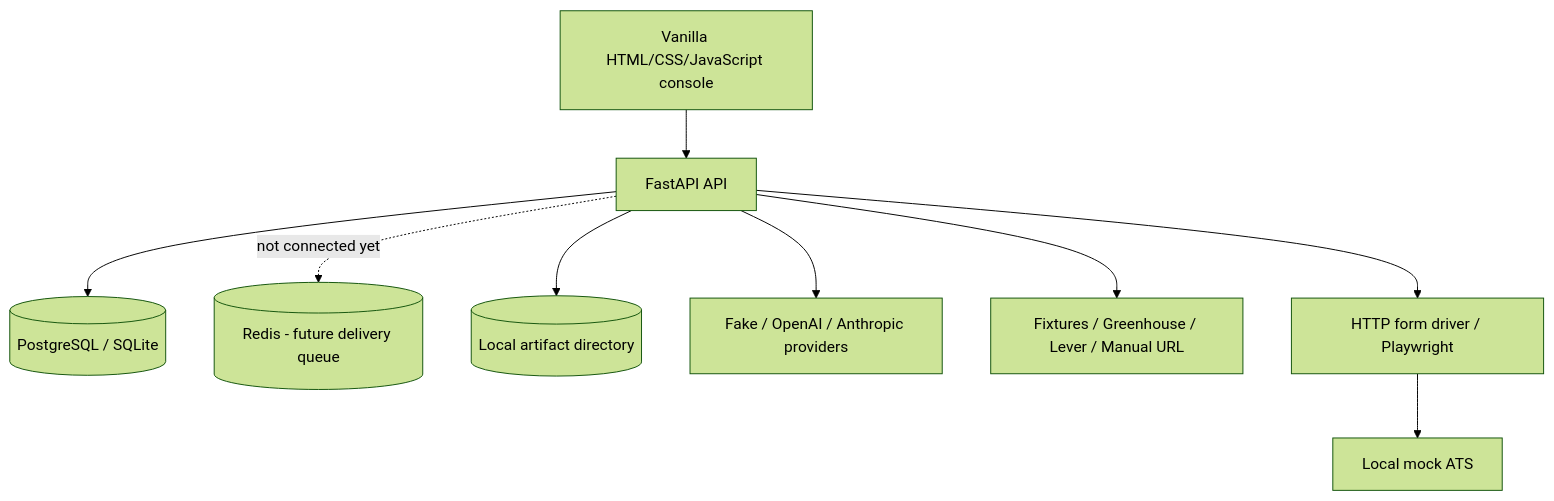
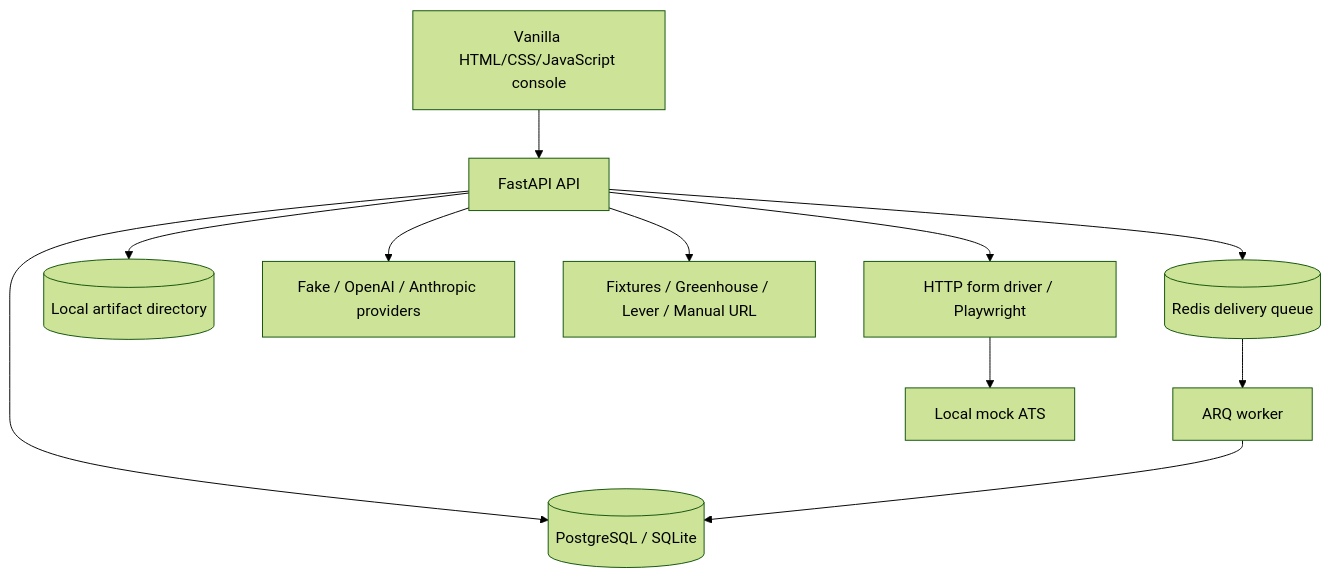
One commit to edenfc10/Job-search-platform changed the second of 2 diagrams in README.md. Above: the diagram before and after it, drawn with Mermaid (forest theme). The commit also changed other lines of this file and 118 other files, not shown here.

````diff
--- a/README.md
+++ b/README.md
@@ -106,21 +107,24 @@
 ```mermaid
 flowchart TB
     UI[Vanilla HTML/CSS/JavaScript console]
     API[FastAPI API]
     DB[(PostgreSQL / SQLite)]
-    REDIS[(Redis - future delivery queue)]
+    REDIS[(Redis delivery queue)]
+    WORKER[ARQ worker]
     FS[(Local artifact directory)]
     LLM[Fake / OpenAI / Anthropic providers]
     SOURCES[Fixtures / Greenhouse / Lever / Manual URL]
     DRIVER[HTTP form driver / Playwright]
     MOCK[Local mock ATS]
 
     UI --> API
     API --> DB
-    API -. not connected yet .-> REDIS
+    API --> REDIS
+    REDIS --> WORKER
+    WORKER --> DB
     API --> FS
     API --> LLM
     API --> SOURCES
     API --> DRIVER
     DRIVER --> MOCK
 ```
````
